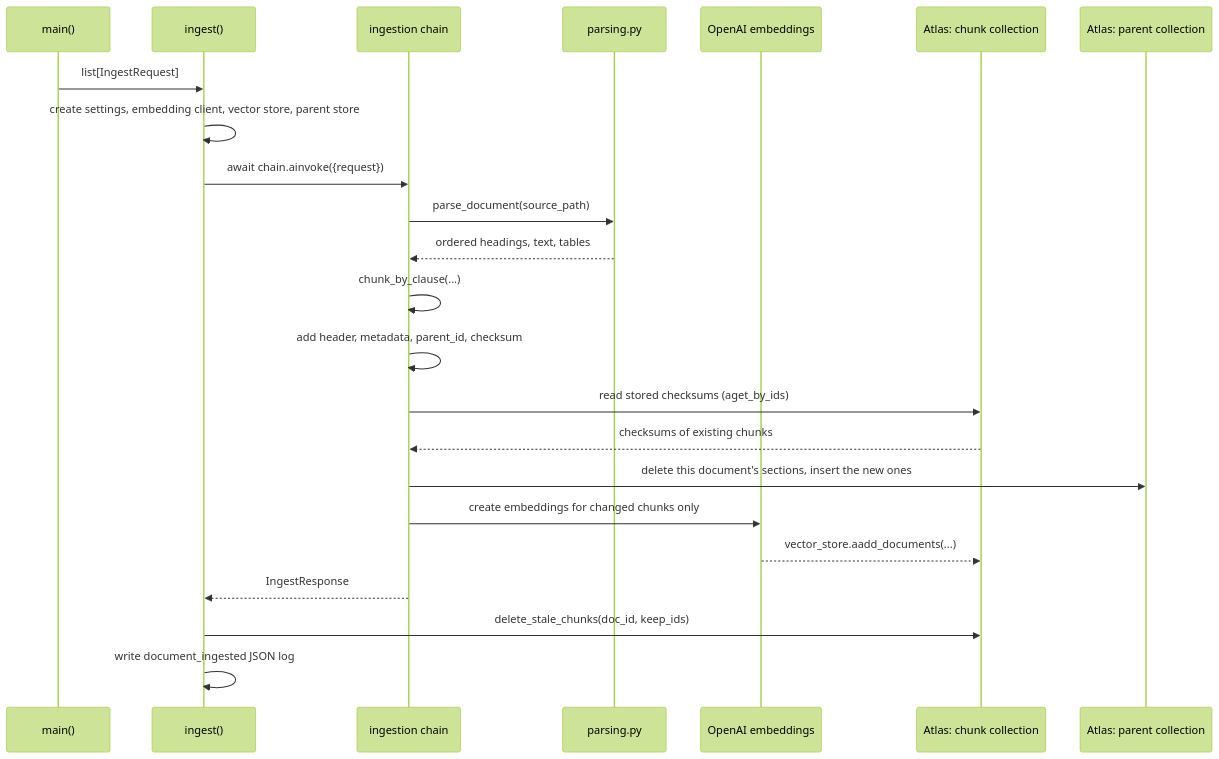
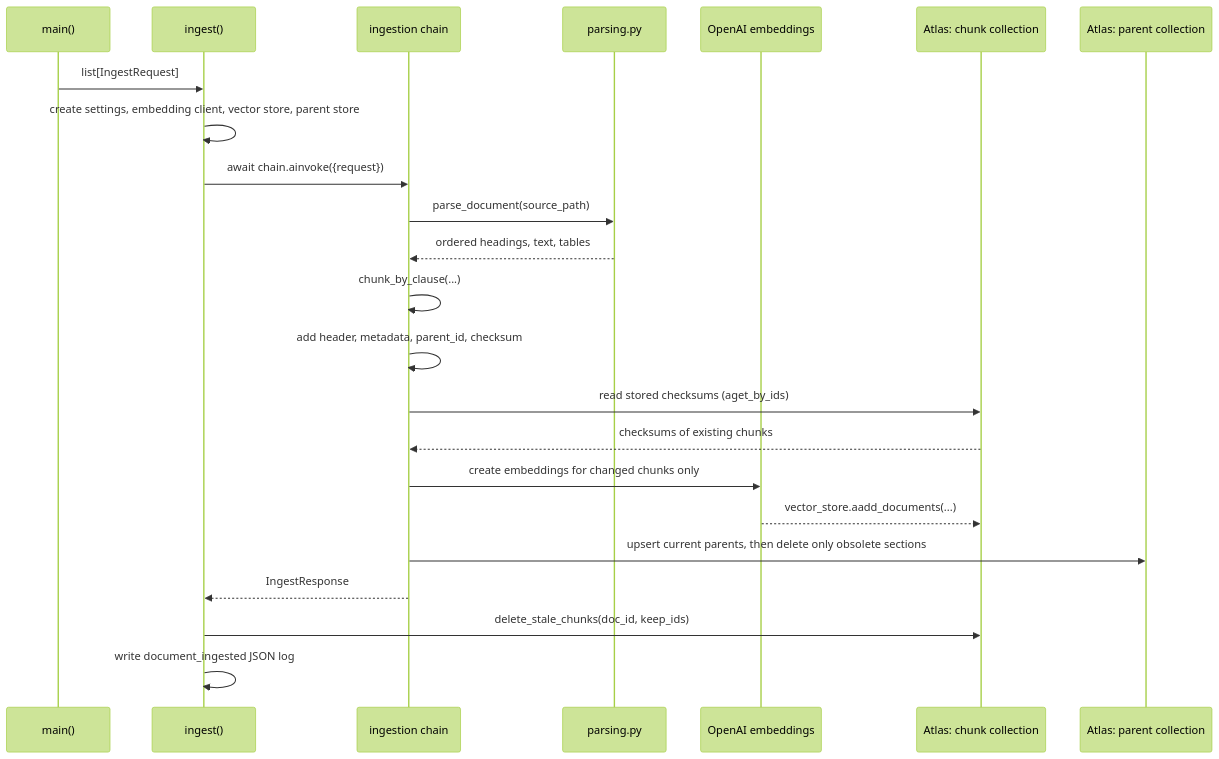
The second of 5 diagrams in APP_COMPONENT_GUIDE.md (bharathk5678/NexaAssist), drawn with Mermaid (forest theme) before and after one commit. The commit also changed other lines of this file and 124 other files, not shown here.

````diff
--- a/APP_COMPONENT_GUIDE.md
+++ b/APP_COMPONENT_GUIDE.md
@@ -103,26 +144,26 @@
 ```mermaid
 sequenceDiagram
     participant CLI as main()
     participant S as ingest()
     participant C as ingestion chain
     participant P as parsing.py
     participant O as OpenAI embeddings
     participant M as Atlas: chunk collection
     participant PS as Atlas: parent collection
 
     CLI->>S: list[IngestRequest]
     S->>S: create settings, embedding client, vector store, parent store
     S->>C: await chain.ainvoke({request})
     C->>P: parse_document(source_path)
     P-->>C: ordered headings, text, tables
     C->>C: chunk_by_clause(...)
     C->>C: add header, metadata, parent_id, checksum
     C->>M: read stored checksums (aget_by_ids)
     M-->>C: checksums of existing chunks
-    C->>PS: delete this document's sections, insert the new ones
     C->>O: create embeddings for changed chunks only
     O-->>M: vector_store.aadd_documents(...)
+    C->>PS: upsert current parents, then delete only obsolete sections
     C-->>S: IngestResponse
     S->>M: delete_stale_chunks(doc_id, keep_ids)
     S->>S: write document_ingested JSON log
 ```
````
